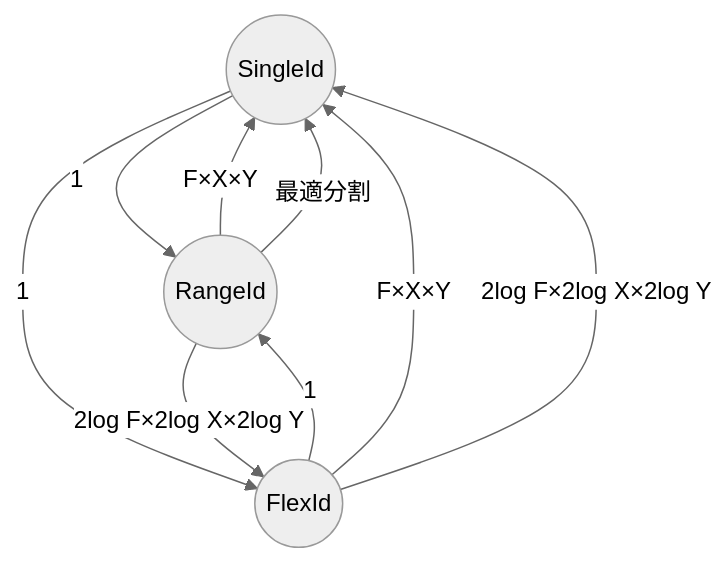
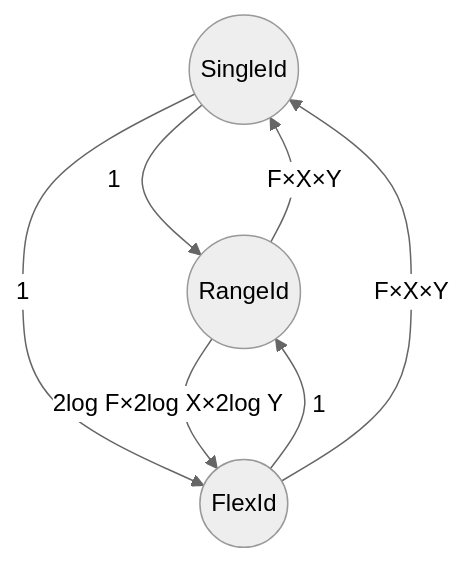
One commit to AirBee-Project/Kasane-Logic changed the diagram in docs/spatialId-relation.md. Above: the diagram before and after it, drawn with Mermaid (neutral theme). The commit also changed other lines of this file and 7 other files, not shown here.

````diff
--- a/docs/spatialId-relation.md
+++ b/docs/spatialId-relation.md
@@ -5,21 +5,19 @@
 ```mermaid
 graph TB
 
 
 SingleId((SingleId))
 FlexId((FlexId))
 RangeId((RangeId))
 
 
 %%1:1の変換
 SingleId((SingleId))-->|1|RangeId((RangeId))
 SingleId((SingleId))-->|1|FlexId((FlexId))
 FlexId((FlexId))-->|1|RangeId((RangeId))
 
 RangeId((RangeId))-->|F×X×Y|SingleId((SingleId))
-RangeId((RangeId))-->|最適分割|SingleId((SingleId))
 
 RangeId((RangeId))-->|2log F×2log X×2log Y|FlexId((FlexId))
 FlexId((FlexId))-->|F×X×Y|SingleId((SingleId))
-FlexId((FlexId))-->|2log F×2log X×2log Y|SingleId((SingleId))
 ```
````
